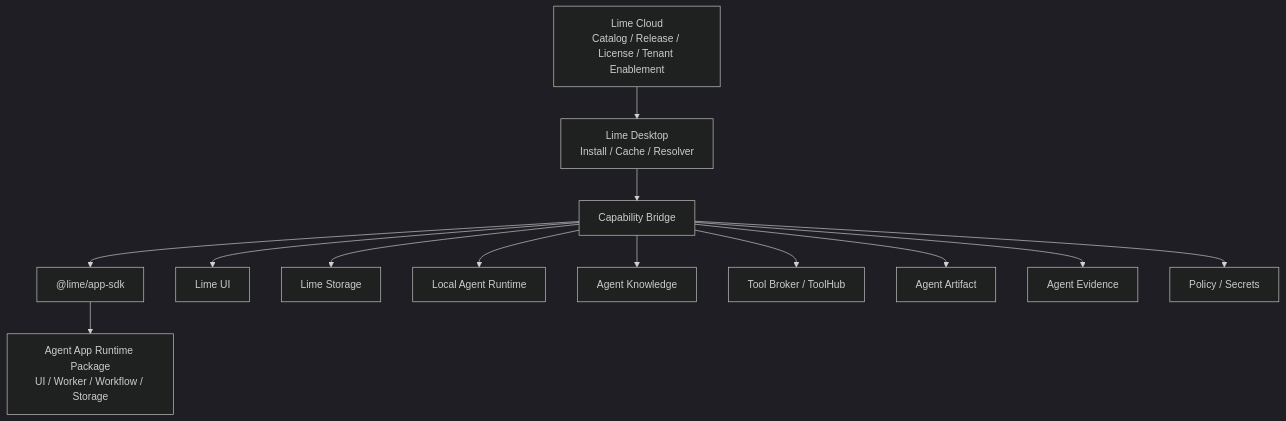
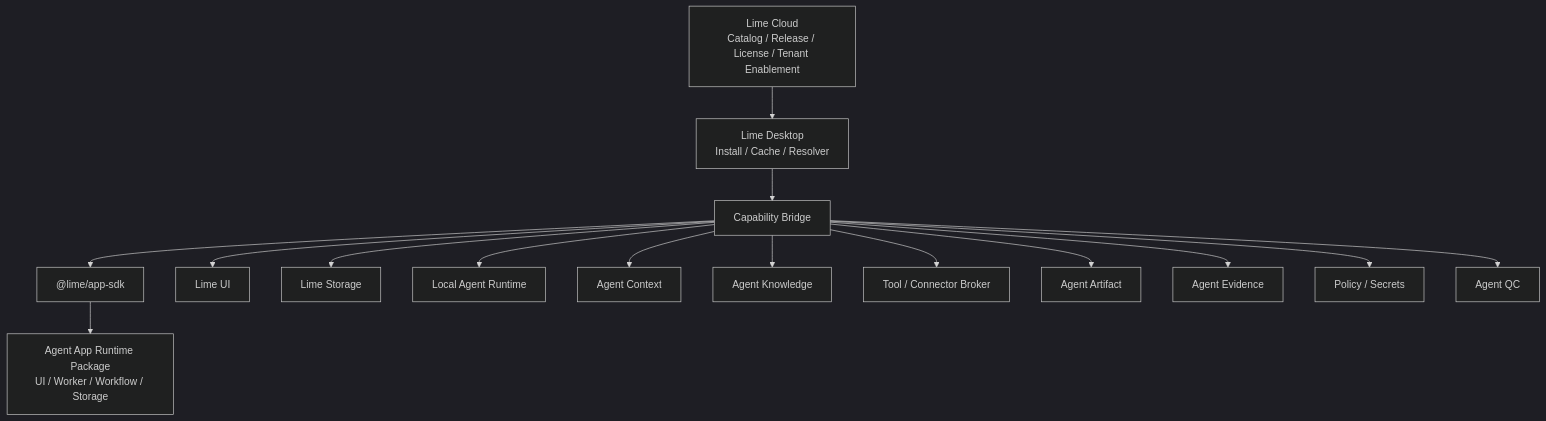
Before and after one commit to limecloud/agentapp: the third of 3 diagrams in docs/en/what-is-agent-app.md, drawn with Mermaid (dark theme). The commit also changed other lines of this file and 47 other files, not shown here.

````diff
--- a/docs/en/what-is-agent-app.md
+++ b/docs/en/what-is-agent-app.md
@@ -110,18 +110,20 @@
 ```mermaid
 flowchart TD
   Cloud[Lime Cloud
 Catalog / Release / License / Tenant Enablement] --> Desktop[Lime Desktop
 Install / Cache / Resolver]
   Desktop --> Bridge[Capability Bridge]
   Bridge --> SDK["@lime/app-sdk"]
   SDK --> App[Agent App Runtime Package
 UI / Worker / Workflow / Storage]
   Bridge --> UI[Lime UI]
   Bridge --> Storage[Lime Storage]
   Bridge --> Runtime[Local Agent Runtime]
+  Bridge --> Context[Agent Context]
   Bridge --> Knowledge[Agent Knowledge]
-  Bridge --> Tools[Tool Broker / ToolHub]
+  Bridge --> Tools[Tool / Connector Broker]
   Bridge --> Artifact[Agent Artifact]
   Bridge --> Evidence[Agent Evidence]
   Bridge --> Policy[Policy / Secrets]
+  Bridge --> QC[Agent QC]
 ```
````
